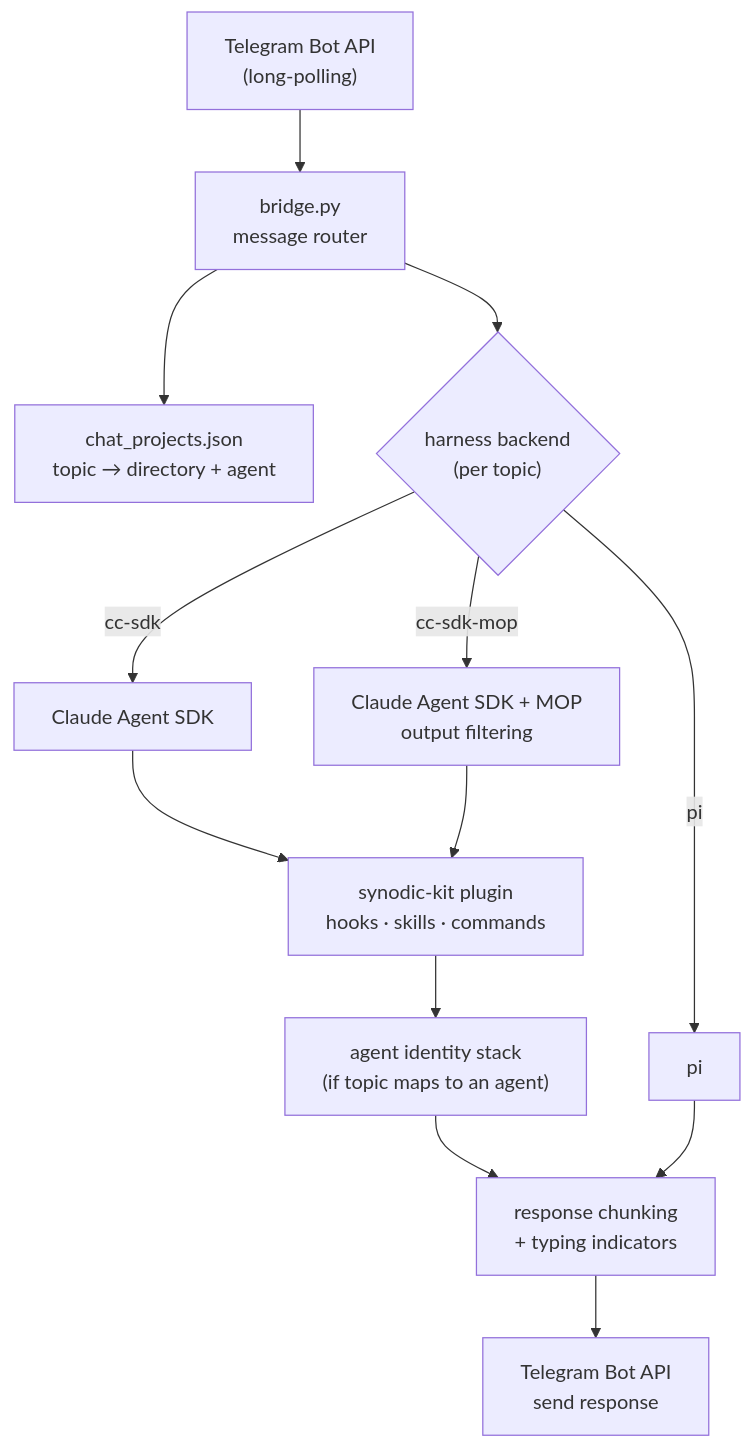
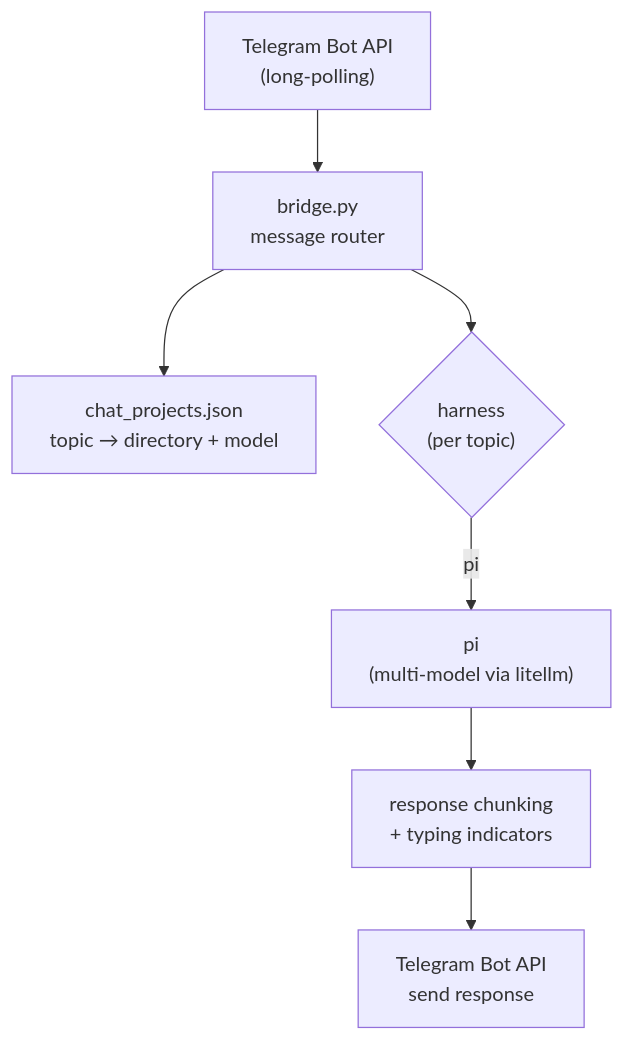
One commit to synodic-studio/patchbay-relay changed the diagram in README.md. Above: the diagram before and after it, drawn with Mermaid. The commit also changed other lines of this file and 1 other file, not shown here.

First line of the commit message:
docs: de-stale README + CLAUDE.md to pi-only reality

````diff
--- a/README.md
+++ b/README.md
@@ -35,15 +35,9 @@
 ```mermaid
 flowchart TD
     TG["Telegram Bot API<br/>(long-polling)"] --> BR["bridge.py<br/>message router"]
-    BR --> CP["chat_projects.json<br/>topic → directory + agent"]
-    BR --> H{"harness backend<br/>(per topic)"}
-    H -->|cc-sdk| CC["Claude Agent SDK"]
-    H -->|cc-sdk-mop| MOP["Claude Agent SDK + MOP<br/>output filtering"]
-    H -->|pi| PI["pi"]
-    CC --> KIT["synodic-kit plugin<br/>hooks · skills · commands"]
-    MOP --> KIT
-    KIT --> AID["agent identity stack<br/>(if topic maps to an agent)"]
-    AID --> OUT["response chunking<br/>+ typing indicators"]
-    PI --> OUT
+    BR --> CP["chat_projects.json<br/>topic → directory + model"]
+    BR --> H{"harness<br/>(per topic)"}
+    H -->|pi| PI["pi<br/>(multi-model via litellm)"]
+    PI --> OUT["response chunking<br/>+ typing indicators"]
     OUT --> SEND["Telegram Bot API<br/>send response"]
 ```
````
